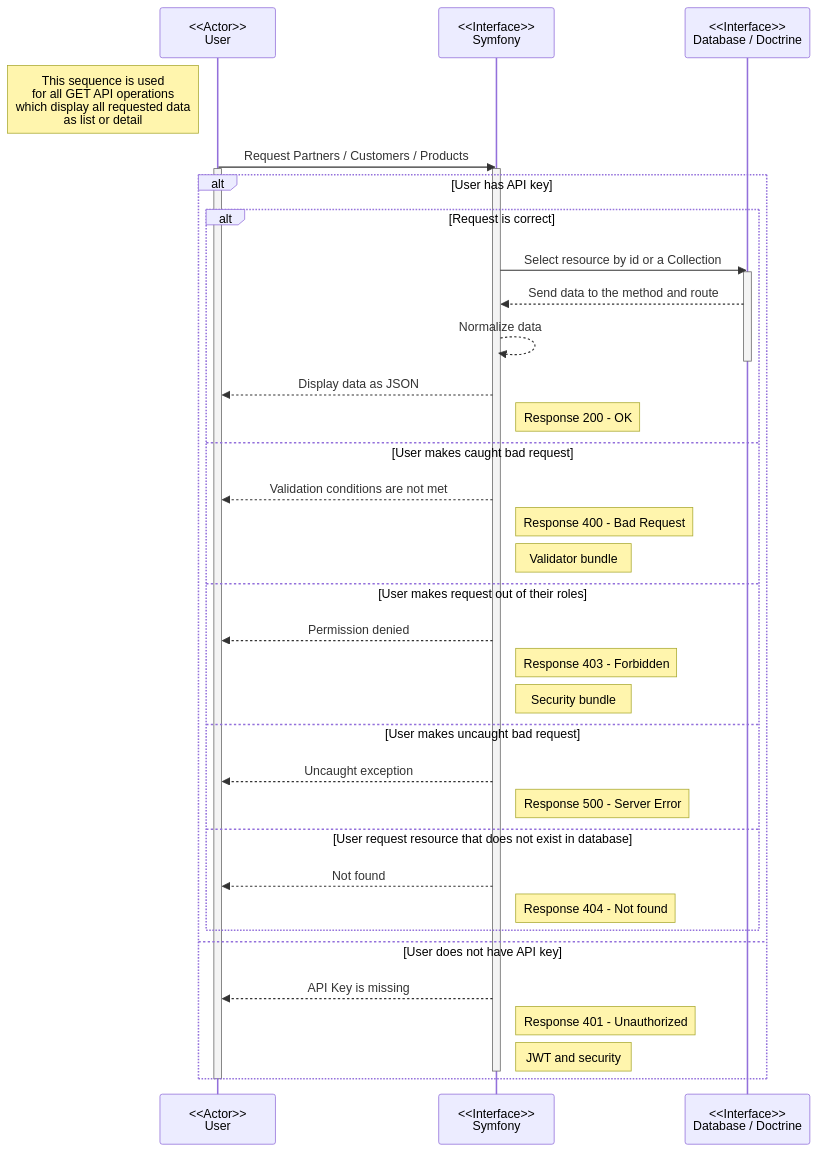
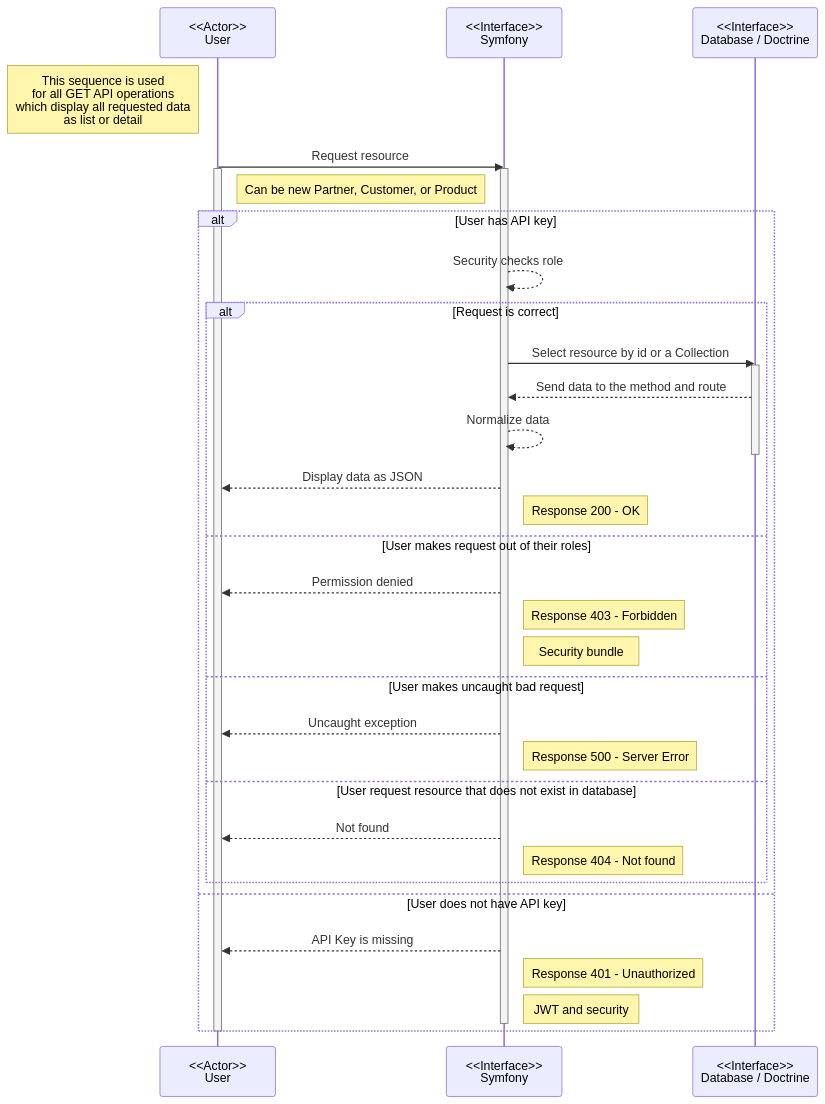
Before and after one commit to Palingenae/OC-P7-BileMo: the diagram in doc/diagrams/sequence_get-operations.md, drawn with Mermaid.

````diff
--- a/doc/diagrams/sequence_get-operations.md
+++ b/doc/diagrams/sequence_get-operations.md
@@ -1,42 +1,40 @@
 ```mermaid
     sequenceDiagram
     participant U as <<Actor>><br/>User
     participant S as <<Interface>><br/>Symfony
     participant D as <<Interface>><br/>Database / Doctrine
 
     note left of U: This sequence is used <br/>for all GET API operations<br/>which display all requested data <br/>as list or detail
-    U ->> S: Request Partners / Customers / Products
+    U ->> S: Request resource
     activate U
     activate S
+    note right of U: Can be new Partner, Customer, or Product
     alt User has API key
+        S -->> S: Security checks role
         alt Request is correct
             S ->> D: Select resource by id or a Collection
             activate D
             D -->> S: Send data to the method and route
             S -->> S: Normalize data
             deactivate D
             S -->> U: Display data as JSON
             note right of S: Response 200 - OK
-        else User makes caught bad request
-            S -->> U: Validation conditions are not met
-            note right of S: Response 400 - Bad Request
-            note right of S: Validator bundle
         else User makes request out of their roles
             S -->> U: Permission denied
             note right of S: Response 403 - Forbidden
             note right of S: Security bundle
         else User makes uncaught bad request
             S -->> U: Uncaught exception
             note right of S: Response 500 - Server Error
         else User request resource that does not exist in database
             S -->> U: Not found
             note right of S: Response 404 - Not found
         end
     else User does not have API key
         S -->> U: API Key is missing
         note right of S: Response 401 - Unauthorized
         note right of S: JWT and security
         deactivate S
     end
     deactivate U
 ```
````
